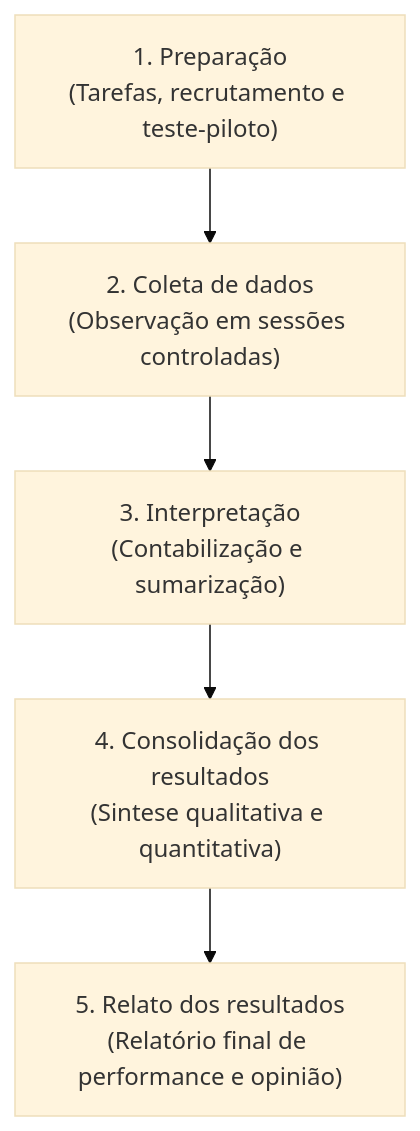
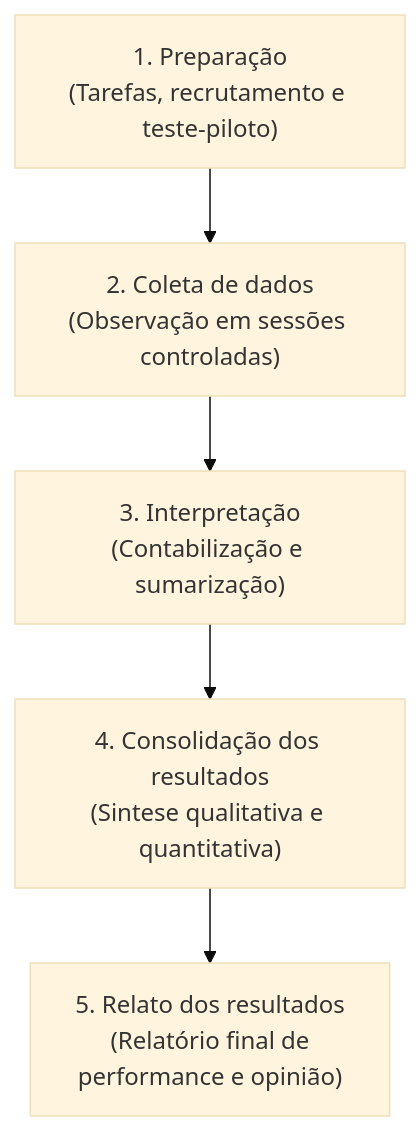
The third of 5 diagrams in 08. Design de Interacao/23. Teste de usabilidade - método empírico formal de avaliação por observação.md (leorruas/puc), drawn with Mermaid (base theme) before and after one commit. The commit also changed other lines of this file and 1 other file, not shown here.

````diff
--- a/08. Design de Interacao/23. Teste de usabilidade - método empírico formal de avaliação por observação.md
+++ b/08. Design de Interacao/23. Teste de usabilidade - método empírico formal de avaliação por observação.md
@@ -75,7 +75,7 @@
 ```mermaid
 graph TD
     P1["1. Preparação<br>(Tarefas, recrutamento e teste-piloto)"] --> P2["2. Coleta de dados<br>(Observação em sessões controladas)"]
     P2 --> P3["3. Interpretação<br>(Contabilização e sumarização)"]
     P3 --> P4["4. Consolidação dos resultados<br>(Sintese qualitativa e quantitativa)"]
-    P4 --> P5["5. Relato dos resultados<br>(Relatório final de performance e opinião)"]
+    P4 --> P5["5. Relato dos resultados<br>(Relatório final de<br>performance e opinião)"]
 ```
````
